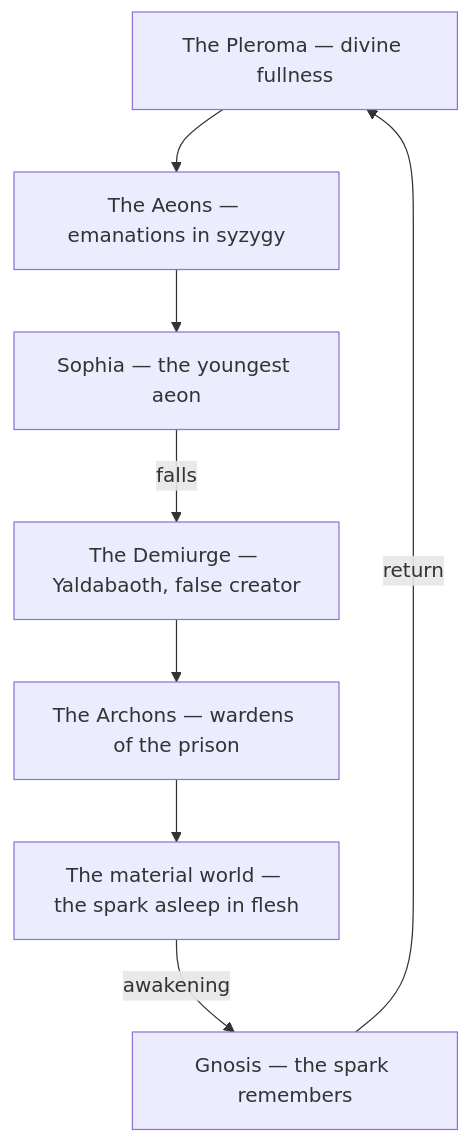
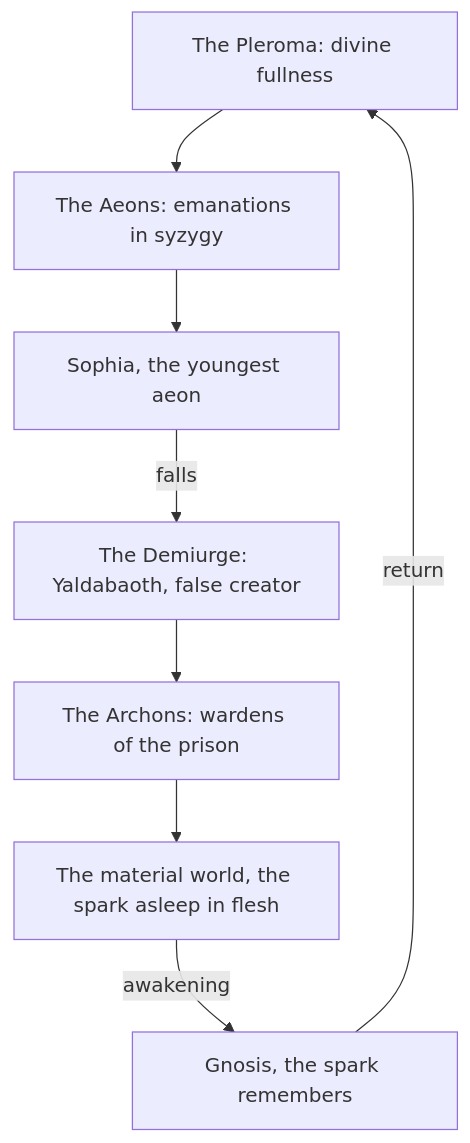
One commit to kennethreitz/kennethreitz.org changed the diagram in data/knowledge/spirituality/gnosticism/index.md. Above: the diagram before and after it, drawn with Mermaid. The commit also changed other lines of this file and 879 other files, not shown here.

````diff
--- a/data/knowledge/spirituality/gnosticism/index.md
+++ b/data/knowledge/spirituality/gnosticism/index.md
@@ -23,17 +23,17 @@
 ```mermaid
 flowchart TD
-    P["The Pleroma — divine fullness"]
-    Ae["The Aeons — emanations in syzygy"]
-    So["Sophia — the youngest aeon"]
-    De["The Demiurge — Yaldabaoth, false creator"]
-    Ar["The Archons — wardens of the prison"]
-    W["The material world — the spark asleep in flesh"]
-    G["Gnosis — the spark remembers"]
+    P["The Pleroma: divine fullness"]
+    Ae["The Aeons: emanations in syzygy"]
+    So["Sophia, the youngest aeon"]
+    De["The Demiurge: Yaldabaoth, false creator"]
+    Ar["The Archons: wardens of the prison"]
+    W["The material world, the spark asleep in flesh"]
+    G["Gnosis, the spark remembers"]
     P --> Ae
     Ae --> So
     So -->|"falls"| De
     De --> Ar
     Ar --> W
     W -->|"awakening"| G
     G -->|"return"| P
 ```
````
